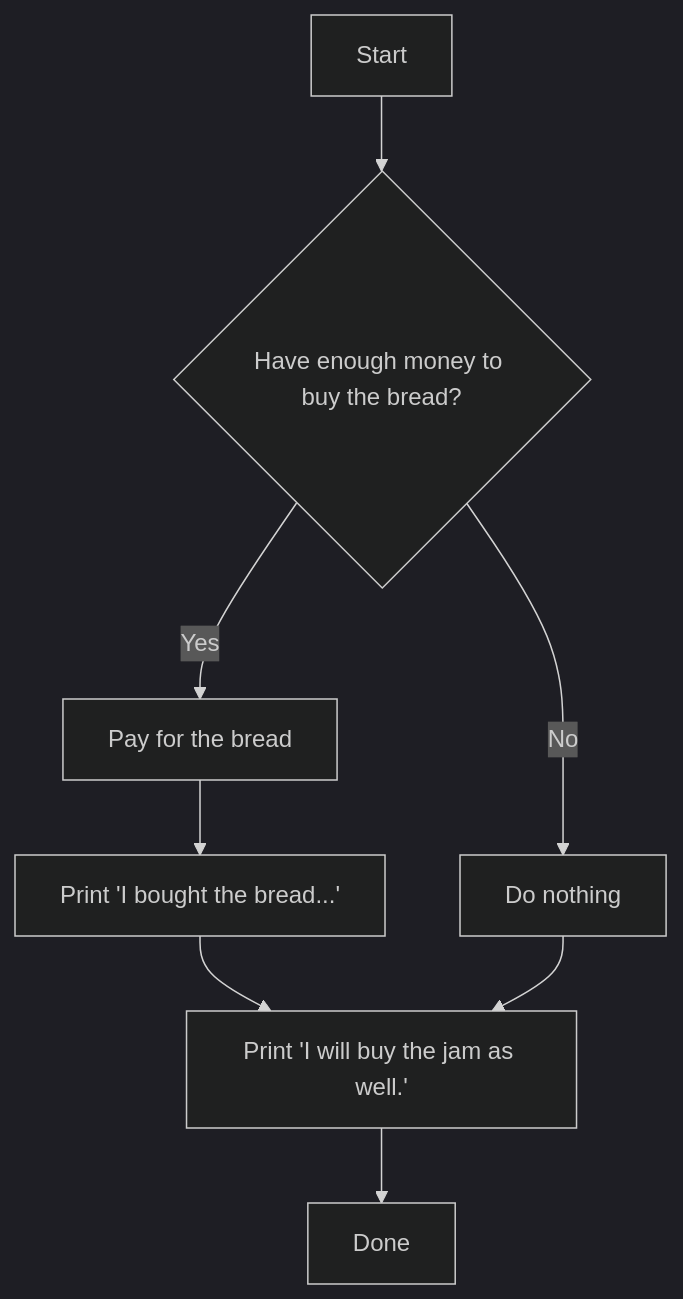
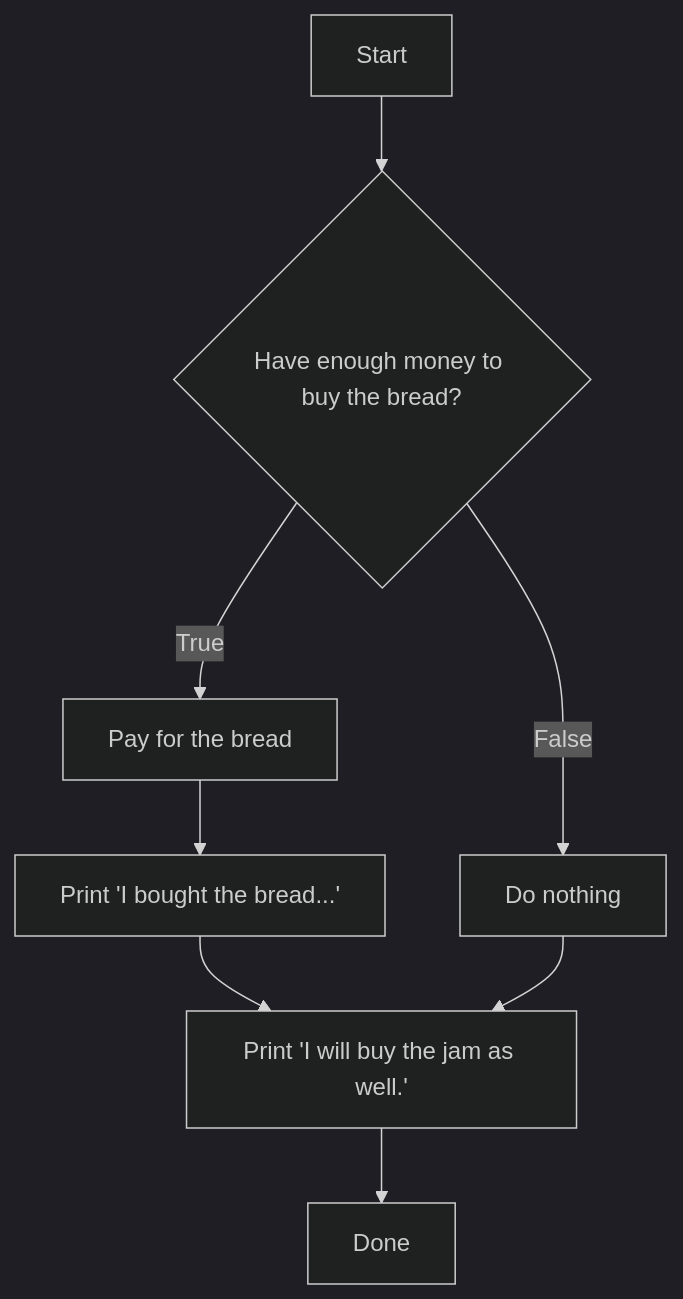
The third of 4 diagrams in courses/level-0/algoritma-menggunakan-python/3-conditionals.md (rahmanda/ayongulik), drawn with Mermaid (dark theme) before and after one commit. The commit also changed other lines of this file and 1 other file, not shown here.

Commit message:
docs(algoritma): replace diagram with True and False for branching

````diff
--- a/courses/level-0/algoritma-menggunakan-python/3-conditionals.md
+++ b/courses/level-0/algoritma-menggunakan-python/3-conditionals.md
@@ -88,10 +88,10 @@
 ```mermaid
 flowchart TD
     A[Start] --> B{Have enough money to buy the bread?}
-    B -- Yes --> C[Pay for the bread]
-    B -- No --> G[Do nothing]
+    B -- True --> C[Pay for the bread]
+    B -- False --> G[Do nothing]
     C --> D[Print 'I bought the bread...']
     D --> E[Print 'I will buy the jam as well.']
     G --> E
     E --> F[Done]
 ```
````
